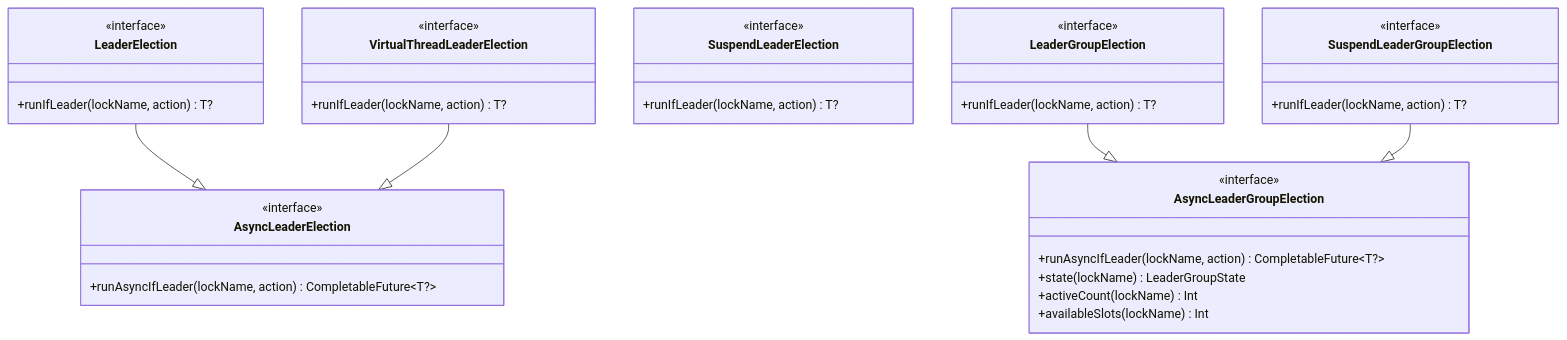
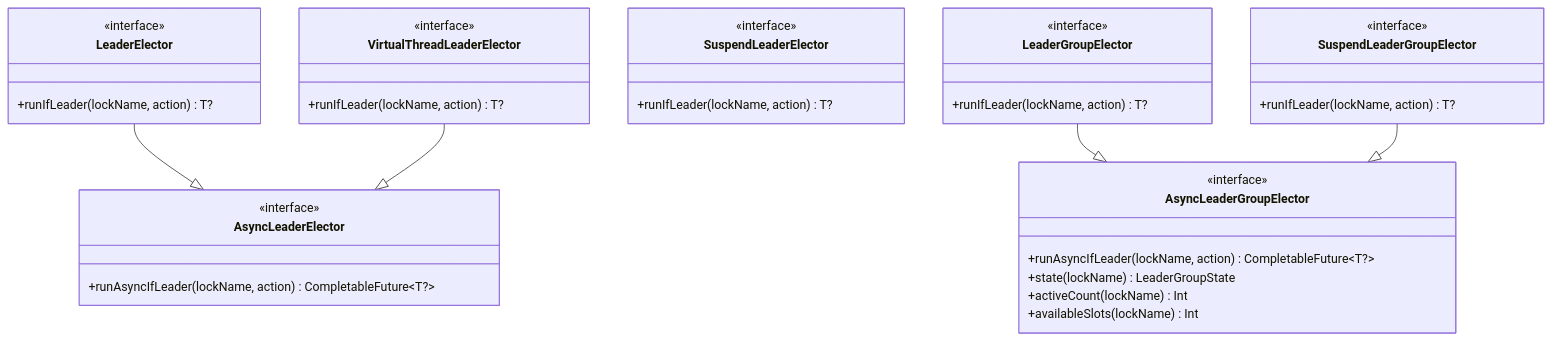
One commit to bluetape4k/bluetape4k-leader changed the first of 3 diagrams in leader-core/README.md. Above: the diagram before and after it, drawn with Mermaid. The commit also changed other lines of this file and 79 other files, not shown here.

First line of the commit message:
docs: #100 LeaderElection → LeaderElector 문서 일괄 업데이트 (#123)

````diff
--- a/leader-core/README.md
+++ b/leader-core/README.md
@@ -15,39 +15,39 @@
 ```mermaid
 classDiagram
-    class AsyncLeaderElection {
+    class AsyncLeaderElector {
         <<interface>>
         +runAsyncIfLeader(lockName, action) CompletableFuture~T?~
     }
-    class LeaderElection {
+    class LeaderElector {
         <<interface>>
         +runIfLeader(lockName, action) T?
     }
-    class VirtualThreadLeaderElection {
+    class VirtualThreadLeaderElector {
         <<interface>>
         +runIfLeader(lockName, action) T?
     }
-    class SuspendLeaderElection {
+    class SuspendLeaderElector {
         <<interface>>
         +runIfLeader(lockName, action) T?
     }
-    class AsyncLeaderGroupElection {
+    class AsyncLeaderGroupElector {
         <<interface>>
         +runAsyncIfLeader(lockName, action) CompletableFuture~T?~
         +state(lockName) LeaderGroupState
         +activeCount(lockName) Int
         +availableSlots(lockName) Int
     }
-    class LeaderGroupElection {
+    class LeaderGroupElector {
         <<interface>>
         +runIfLeader(lockName, action) T?
     }
-    class SuspendLeaderGroupElection {
+    class SuspendLeaderGroupElector {
         <<interface>>
         +runIfLeader(lockName, action) T?
     }
 
-    LeaderElection --|> AsyncLeaderElection
-    VirtualThreadLeaderElection --|> AsyncLeaderElection
-    LeaderGroupElection --|> AsyncLeaderGroupElection
-    SuspendLeaderGroupElection --|> AsyncLeaderGroupElection
+    LeaderElector --|> AsyncLeaderElector
+    VirtualThreadLeaderElector --|> AsyncLeaderElector
+    LeaderGroupElector --|> AsyncLeaderGroupElector
+    SuspendLeaderGroupElector --|> AsyncLeaderGroupElector
 ```
````
